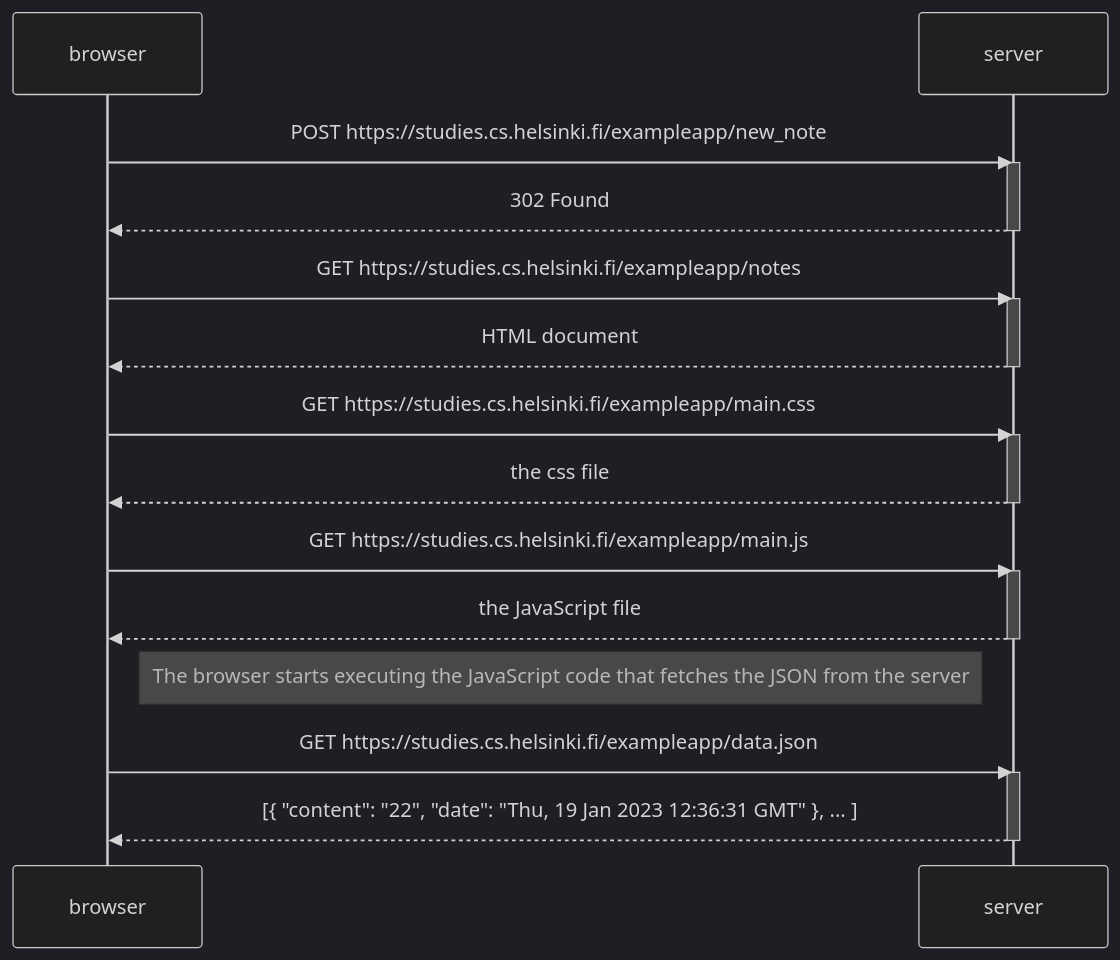
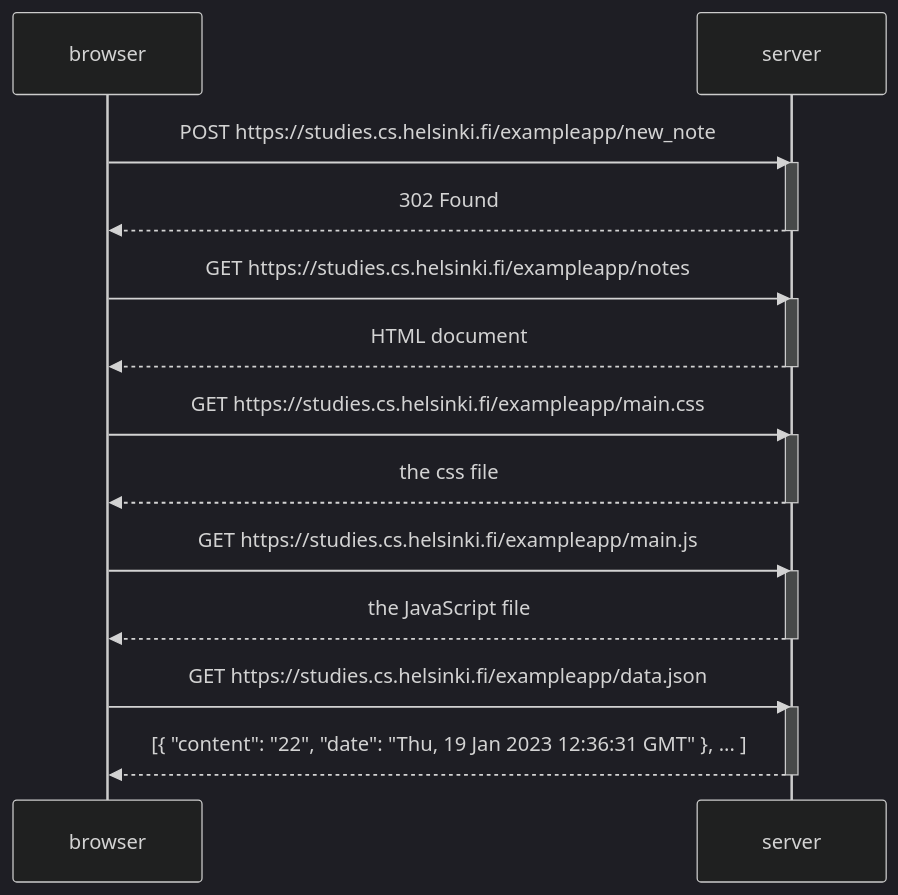
The diagram in osa0/tehtava4.md (AapoTuulentie/fullstack_open), drawn with Mermaid (dark theme) before and after one commit.

````diff
--- a/osa0/tehtava4.md
+++ b/osa0/tehtava4.md
@@ -1,33 +1,31 @@
 ```mermaid
 sequenceDiagram;
     participant browser;
     participant server;
     
     browser ->> server: POST https://studies.cs.helsinki.fi/exampleapp/new_note;
     activate server;
     server -->> browser: 302 Found;
     deactivate server;
     
-    browser->>server: GET https://studies.cs.helsinki.fi/exampleapp/notes
-    activate server
-    server-->>browser: HTML document
-    deactivate server
+    browser->>server: GET https://studies.cs.helsinki.fi/exampleapp/notes;
+    activate server;
+    server-->>browser: HTML document;
+    deactivate server;
     
-    browser->>server: GET https://studies.cs.helsinki.fi/exampleapp/main.css
-    activate server
-    server-->>browser: the css file
-    deactivate server
+    browser->>server: GET https://studies.cs.helsinki.fi/exampleapp/main.css;
+    activate server;
+    server-->>browser: the css file;
+    deactivate server;
     
-    browser->>server: GET https://studies.cs.helsinki.fi/exampleapp/main.js
-    activate server
-    server-->>browser: the JavaScript file
-    deactivate server
+    browser->>server: GET https://studies.cs.helsinki.fi/exampleapp/main.js;
+    activate server;
+    server-->>browser: the JavaScript file;
+    deactivate server;
     
-    Note right of browser: The browser starts executing the JavaScript code that fetches the JSON from the server
-    
-    browser->>server: GET https://studies.cs.helsinki.fi/exampleapp/data.json
-    activate server
-    server-->>browser: [{ "content": "22", "date": "Thu, 19 Jan 2023 12:36:31 GMT" }, ... ]
-    deactivate server    
+    browser->>server: GET https://studies.cs.helsinki.fi/exampleapp/data.json;
+    activate server;
+    server-->>browser: [{ "content": "22", "date": "Thu, 19 Jan 2023 12:36:31 GMT" }, ... ];
+    deactivate server;    
     
 ```
````
